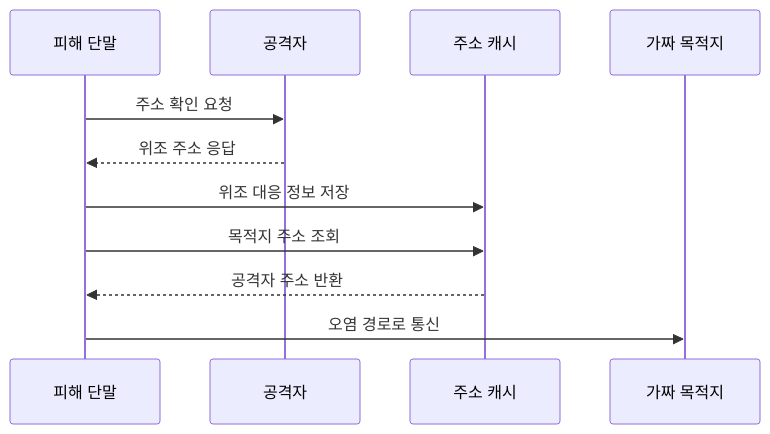
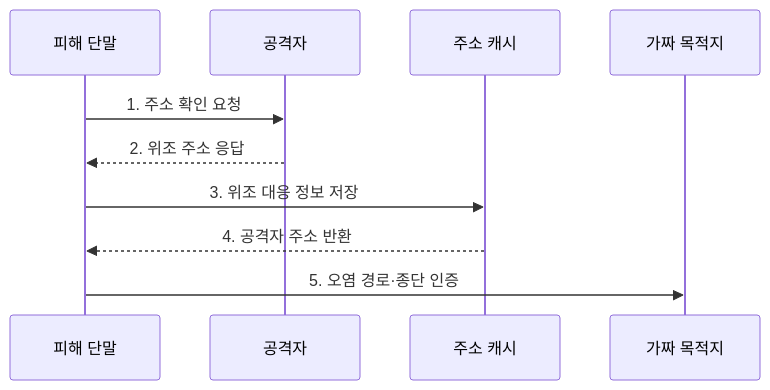
One commit to agnusdei1207/knowledge-base changed the second of 2 diagrams in src/content/docs/notes/05-security/024_network_spoofing.md. Above: the diagram before and after it, drawn with Mermaid. The commit also changed other lines of this file and 11 other files, not shown here.

````diff
--- a/src/content/docs/notes/05-security/024_network_spoofing.md
+++ b/src/content/docs/notes/05-security/024_network_spoofing.md
@@ -86,13 +88,12 @@
 ```mermaid
 sequenceDiagram
     participant V as 피해 단말
     participant A as 공격자
     participant C as 주소 캐시
     participant F as 가짜 목적지
-    V->>A: 주소 확인 요청
-    A-->>V: 위조 주소 응답
-    V->>C: 위조 대응 정보 저장
-    V->>C: 목적지 주소 조회
-    C-->>V: 공격자 주소 반환
-    V->>F: 오염 경로로 통신
+    V->>A: 1. 주소 확인 요청
+    A-->>V: 2. 위조 주소 응답
+    V->>C: 3. 위조 대응 정보 저장
+    C-->>V: 4. 공격자 주소 반환
+    V->>F: 5. 오염 경로·종단 인증
 ```
````
